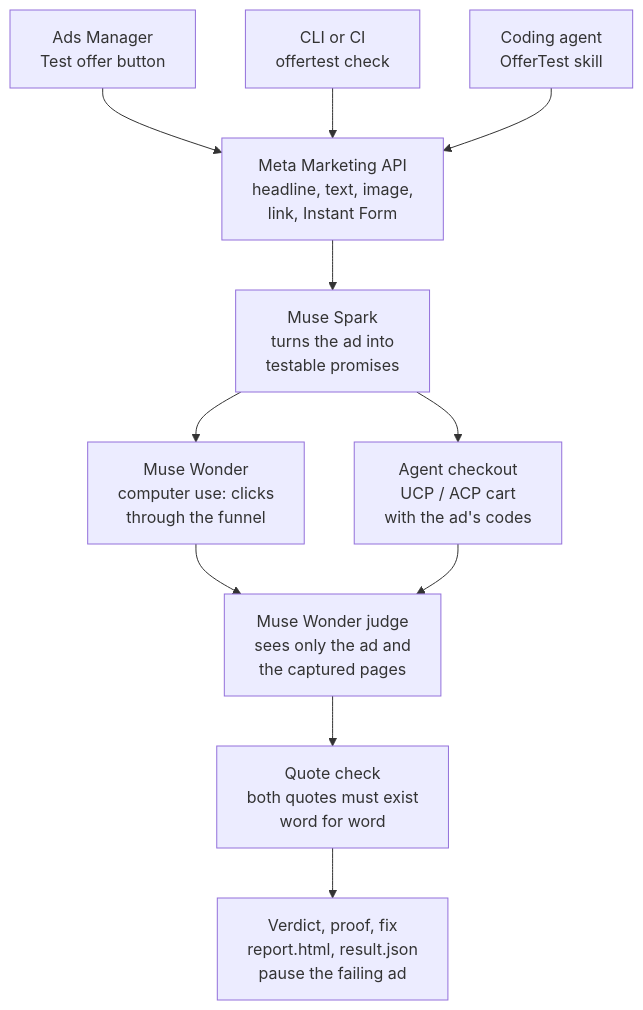
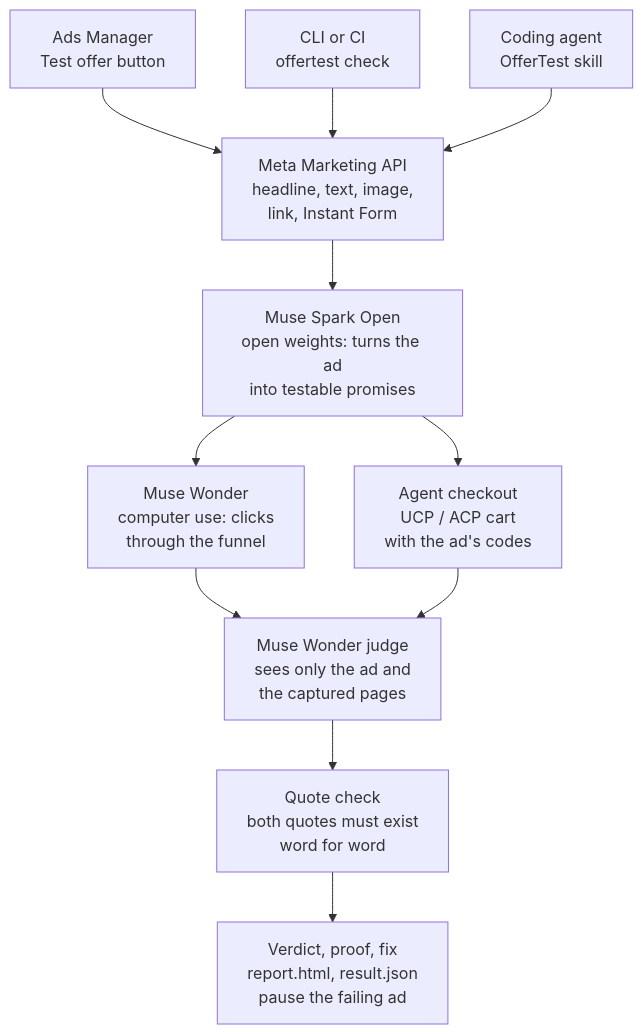
Before and after one commit to leonardo-vanschaik/offertest-ai: the diagram in README.md, drawn with Mermaid. The commit also changed other lines of this file and 61 other files, not shown here.

First line of the commit message:
Record the demo with Muse Spark Open, and document open weights

````diff
--- a/README.md
+++ b/README.md
@@ -136,18 +159,18 @@
 ```mermaid
 flowchart TD
     EXT["Ads Manager<br/>Test offer button"]
     CLI["CLI or CI<br/>offertest check"]
     SKILL["Coding agent<br/>OfferTest skill"]
     MKT["Meta Marketing API<br/>headline, text, image,<br/>link, Instant Form"]
-    SPARK["Muse Spark<br/>turns the ad into<br/>testable promises"]
+    SPARK["Muse Spark Open<br/>open weights: turns the ad<br/>into testable promises"]
     WONDER["Muse Wonder<br/>computer use: clicks<br/>through the funnel"]
     UCP["Agent checkout<br/>UCP / ACP cart<br/>with the ad's codes"]
     JUDGE["Muse Wonder judge<br/>sees only the ad and<br/>the captured pages"]
     QC["Quote check<br/>both quotes must exist<br/>word for word"]
     OUT["Verdict, proof, fix<br/>report.html, result.json<br/>pause the failing ad"]
 
     EXT & CLI & SKILL --> MKT --> SPARK
     SPARK --> WONDER --> JUDGE
     SPARK --> UCP --> JUDGE
     JUDGE --> QC --> OUT
 ```
````
